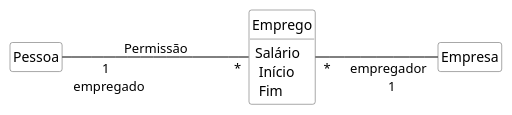
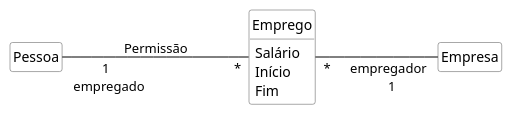
Before and after one commit to kyriosdata/oo: the diagram in imagens/modelos-01/imagem-12/mod01ima12.plantuml, drawn with PlantUML.

```diff
--- a/imagens/modelos-01/imagem-12/mod01ima12.plantuml
+++ b/imagens/modelos-01/imagem-12/mod01ima12.plantuml
@@ -1,19 +1,19 @@
 @startuml mod01ima12
 hide circle
 hide methods
 hide empty members
 
 skinparam class {
     BackgroundColor White
     ArrowColor Black
     BorderColor #505050
 }
 skinparam classAttributeIconSize 0
 class "Pessoa" as o1
 class "Emprego" as o2
 class "Empresa" as o3
-o2 : Salário \n Início \n Fim
+o2 : Salário \nInício \nFim
 left to right direction
 o1"1 \n empregado" --- "*"o2: Permissão
 o2"*" --- "empregador \n 1"o3
 @enduml
```
